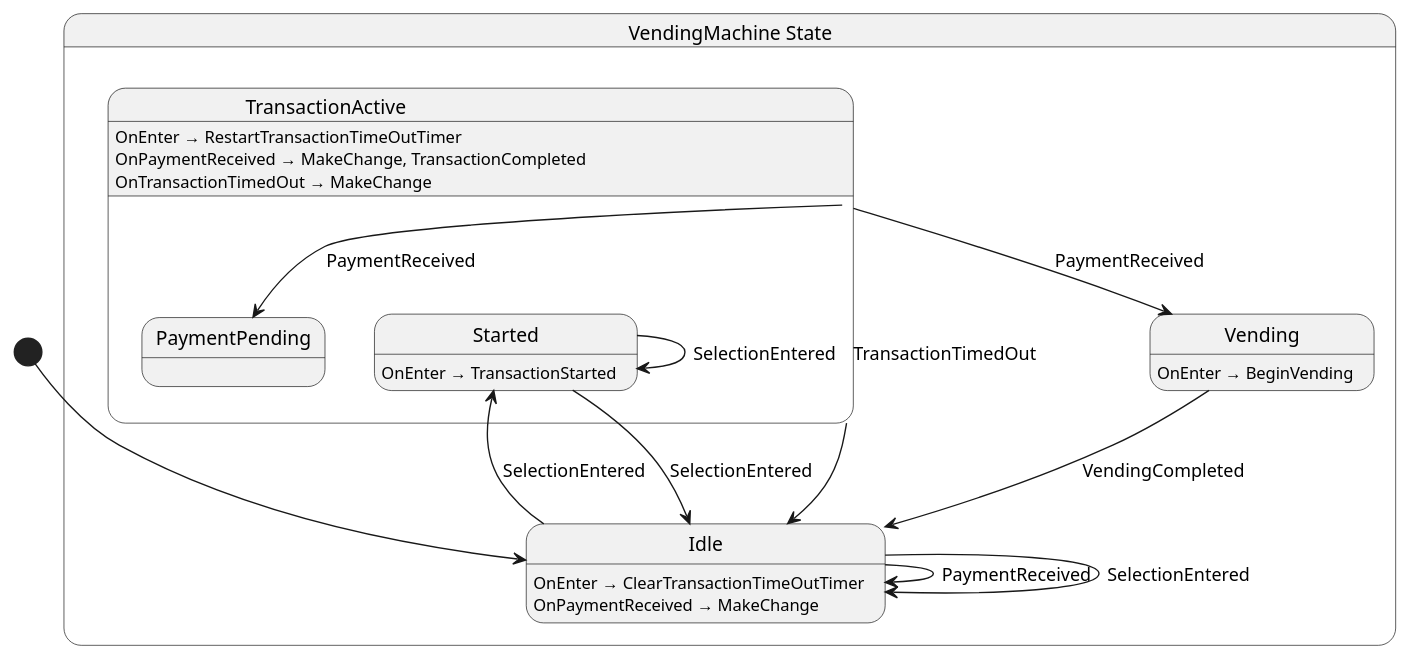
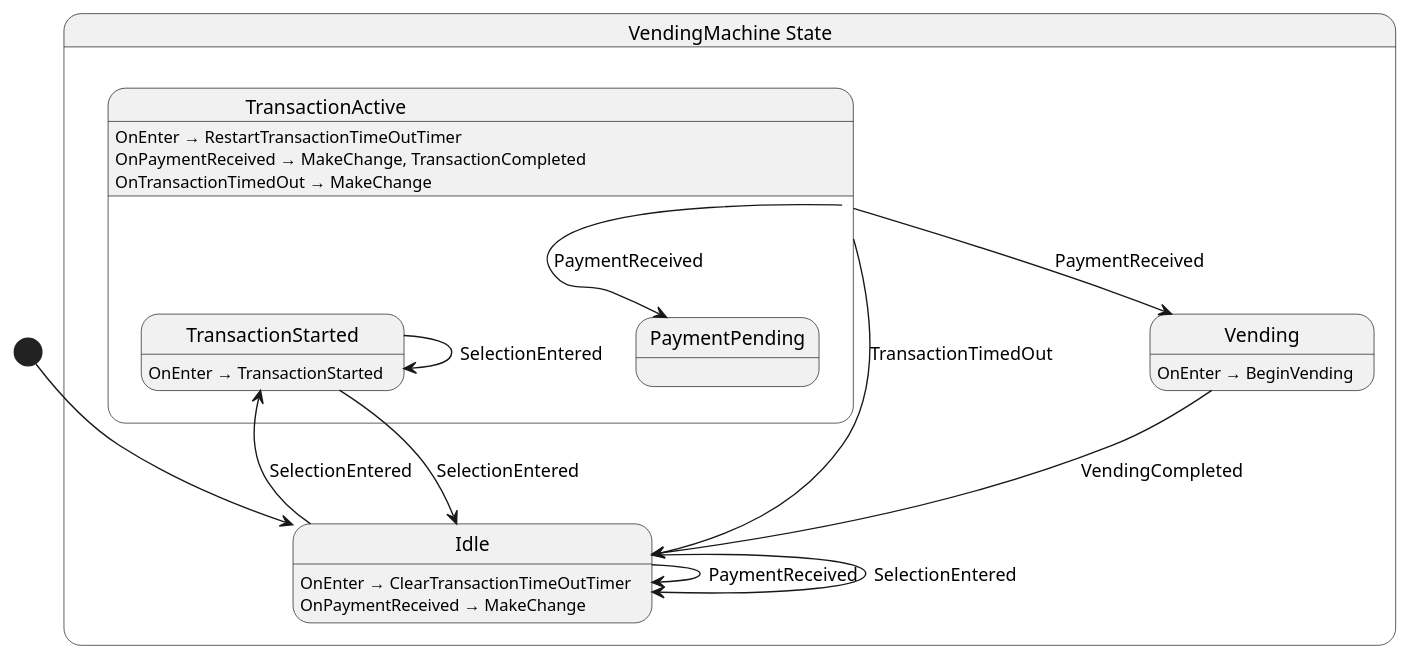
The diagram in Chickensoft.LogicBlocks.Example/VendingMachine.g.puml (chickensoft-games/LogicBlocks), drawn with PlantUML before and after one commit. The commit also changed 57 other files, not shown here.

```diff
--- a/Chickensoft.LogicBlocks.Example/VendingMachine.g.puml
+++ b/Chickensoft.LogicBlocks.Example/VendingMachine.g.puml
@@ -1,32 +1,32 @@
 @startuml VendingMachine
 state "VendingMachine State" as Chickensoft_LogicBlocks_Example_VendingMachine_State {
-  state "Idle" as Chickensoft_LogicBlocks_Example_VendingMachine_State_Idle {
-    Chickensoft_LogicBlocks_Example_VendingMachine_State_Idle : OnEnter → ClearTransactionTimeOutTimer
-    Chickensoft_LogicBlocks_Example_VendingMachine_State_Idle : OnPaymentReceived → MakeChange
+  state "Idle" as Chickensoft_LogicBlocks_Example_VendingMachine_Idle {
+    Chickensoft_LogicBlocks_Example_VendingMachine_Idle : OnEnter → ClearTransactionTimeOutTimer
+    Chickensoft_LogicBlocks_Example_VendingMachine_Idle : OnPaymentReceived → MakeChange
   }
-  state "TransactionActive" as Chickensoft_LogicBlocks_Example_VendingMachine_State_TransactionActive {
-    state "Started" as Chickensoft_LogicBlocks_Example_VendingMachine_State_TransactionActive_Started {
-      Chickensoft_LogicBlocks_Example_VendingMachine_State_TransactionActive_Started : OnEnter → TransactionStarted
+  state "TransactionActive" as Chickensoft_LogicBlocks_Example_VendingMachine_TransactionActive {
+    state "PaymentPending" as Chickensoft_LogicBlocks_Example_VendingMachine_PaymentPending
+    state "TransactionStarted" as Chickensoft_LogicBlocks_Example_VendingMachine_TransactionStarted {
+      Chickensoft_LogicBlocks_Example_VendingMachine_TransactionStarted : OnEnter → TransactionStarted
     }
-    state "PaymentPending" as Chickensoft_LogicBlocks_Example_VendingMachine_State_TransactionActive_PaymentPending
-    Chickensoft_LogicBlocks_Example_VendingMachine_State_TransactionActive : OnEnter → RestartTransactionTimeOutTimer
-    Chickensoft_LogicBlocks_Example_VendingMachine_State_TransactionActive : OnPaymentReceived → MakeChange, TransactionCompleted
-    Chickensoft_LogicBlocks_Example_VendingMachine_State_TransactionActive : OnTransactionTimedOut → MakeChange
+    Chickensoft_LogicBlocks_Example_VendingMachine_TransactionActive : OnEnter → RestartTransactionTimeOutTimer
+    Chickensoft_LogicBlocks_Example_VendingMachine_TransactionActive : OnPaymentReceived → MakeChange, TransactionCompleted
+    Chickensoft_LogicBlocks_Example_VendingMachine_TransactionActive : OnTransactionTimedOut → MakeChange
   }
-  state "Vending" as Chickensoft_LogicBlocks_Example_VendingMachine_State_Vending {
-    Chickensoft_LogicBlocks_Example_VendingMachine_State_Vending : OnEnter → BeginVending
+  state "Vending" as Chickensoft_LogicBlocks_Example_VendingMachine_Vending {
+    Chickensoft_LogicBlocks_Example_VendingMachine_Vending : OnEnter → BeginVending
   }
 }
 
-Chickensoft_LogicBlocks_Example_VendingMachine_State_Idle --> Chickensoft_LogicBlocks_Example_VendingMachine_State_Idle : PaymentReceived
-Chickensoft_LogicBlocks_Example_VendingMachine_State_Idle --> Chickensoft_LogicBlocks_Example_VendingMachine_State_Idle : SelectionEntered
-Chickensoft_LogicBlocks_Example_VendingMachine_State_Idle --> Chickensoft_LogicBlocks_Example_VendingMachine_State_TransactionActive_Started : SelectionEntered
-Chickensoft_LogicBlocks_Example_VendingMachine_State_TransactionActive --> Chickensoft_LogicBlocks_Example_VendingMachine_State_Idle : TransactionTimedOut
-Chickensoft_LogicBlocks_Example_VendingMachine_State_TransactionActive --> Chickensoft_LogicBlocks_Example_VendingMachine_State_TransactionActive_PaymentPending : PaymentReceived
-Chickensoft_LogicBlocks_Example_VendingMachine_State_TransactionActive --> Chickensoft_LogicBlocks_Example_VendingMachine_State_Vending : PaymentReceived
-Chickensoft_LogicBlocks_Example_VendingMachine_State_TransactionActive_Started --> Chickensoft_LogicBlocks_Example_VendingMachine_State_Idle : SelectionEntered
-Chickensoft_LogicBlocks_Example_VendingMachine_State_TransactionActive_Started --> Chickensoft_LogicBlocks_Example_VendingMachine_State_TransactionActive_Started : SelectionEntered
-Chickensoft_LogicBlocks_Example_VendingMachine_State_Vending --> Chickensoft_LogicBlocks_Example_VendingMachine_State_Idle : VendingCompleted
+Chickensoft_LogicBlocks_Example_VendingMachine_Idle --> Chickensoft_LogicBlocks_Example_VendingMachine_Idle : PaymentReceived
+Chickensoft_LogicBlocks_Example_VendingMachine_Idle --> Chickensoft_LogicBlocks_Example_VendingMachine_Idle : SelectionEntered
+Chickensoft_LogicBlocks_Example_VendingMachine_Idle --> Chickensoft_LogicBlocks_Example_VendingMachine_TransactionStarted : SelectionEntered
+Chickensoft_LogicBlocks_Example_VendingMachine_TransactionActive --> Chickensoft_LogicBlocks_Example_VendingMachine_Idle : TransactionTimedOut
+Chickensoft_LogicBlocks_Example_VendingMachine_TransactionActive --> Chickensoft_LogicBlocks_Example_VendingMachine_PaymentPending : PaymentReceived
+Chickensoft_LogicBlocks_Example_VendingMachine_TransactionActive --> Chickensoft_LogicBlocks_Example_VendingMachine_Vending : PaymentReceived
+Chickensoft_LogicBlocks_Example_VendingMachine_TransactionStarted --> Chickensoft_LogicBlocks_Example_VendingMachine_Idle : SelectionEntered
+Chickensoft_LogicBlocks_Example_VendingMachine_TransactionStarted --> Chickensoft_LogicBlocks_Example_VendingMachine_TransactionStarted : SelectionEntered
+Chickensoft_LogicBlocks_Example_VendingMachine_Vending --> Chickensoft_LogicBlocks_Example_VendingMachine_Idle : VendingCompleted
 
-[*] --> Chickensoft_LogicBlocks_Example_VendingMachine_State_Idle
+[*] --> Chickensoft_LogicBlocks_Example_VendingMachine_Idle
 @enduml
```
